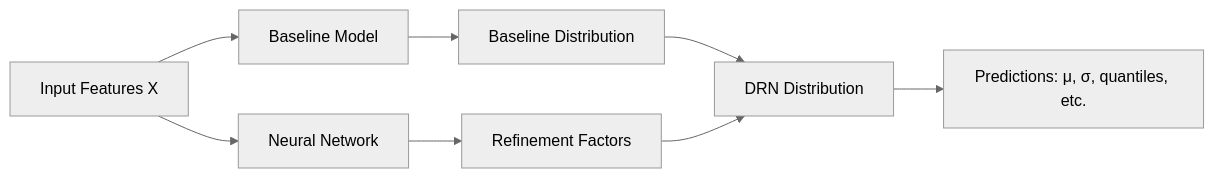
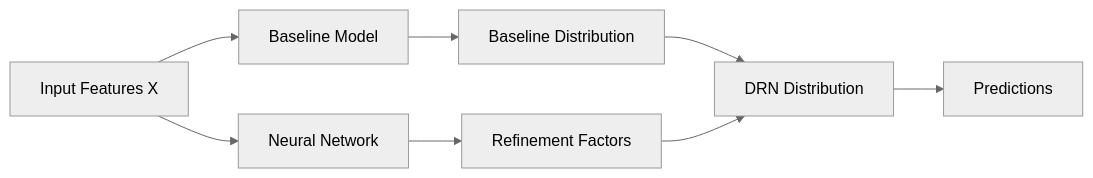
One commit to Pat-Laub/drn changed the diagram in docs/getting-started/concepts.md. Above: the diagram before and after it, drawn with Mermaid (neutral theme). The commit also changed 2 other files, not shown here.

Commit message:
Simpler mermaid diagrams

````diff
--- a/docs/getting-started/concepts.md
+++ b/docs/getting-started/concepts.md
@@ -37,10 +37,10 @@
 ```mermaid
 graph LR
     A[Input Features X] --> B[Baseline Model]
     A --> C[Neural Network]
     B --> D[Baseline Distribution]
     C --> E[Refinement Factors]
     D --> F[DRN Distribution]
     E --> F
-    F --> G[Predictions: μ, σ, quantiles, etc.]
+    F --> G[Predictions]
 ```
````
